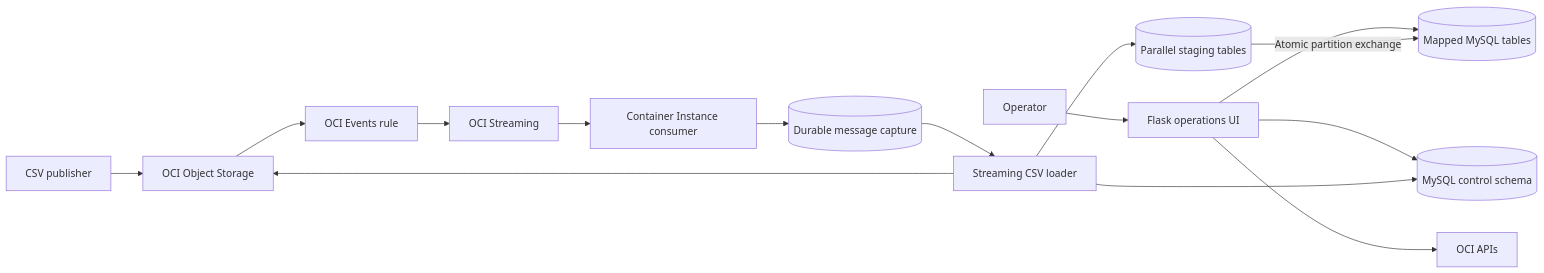
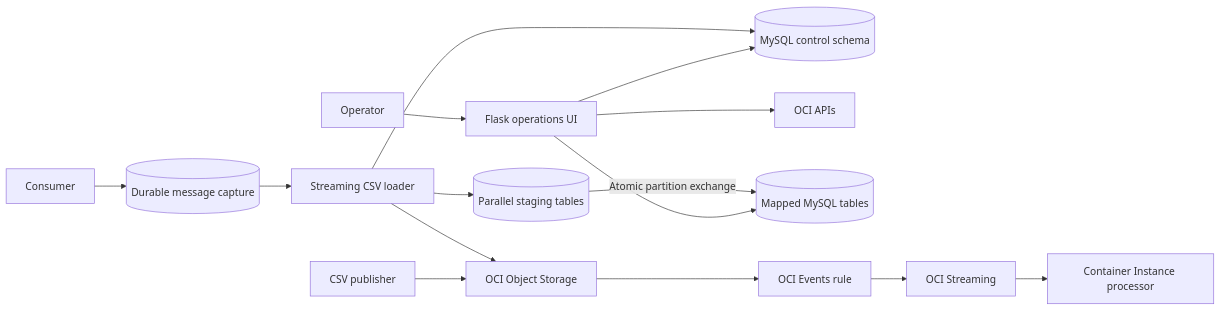
The diagram in README.md (ivanxma/oci-fn-object-event-2-hw-table), drawn with Mermaid before and after one commit. The commit also changed other lines of this file and 3 other files, not shown here.

````diff
--- a/README.md
+++ b/README.md
@@ -17,17 +17,17 @@
 ```mermaid
 flowchart LR
     Operator[Operator] --> UI[Flask operations UI]
     UI --> Control[(MySQL control schema)]
     UI --> OCIAPI[OCI APIs]
     UI --> Target[(Mapped MySQL tables)]
     Publisher[CSV publisher] --> Bucket[OCI Object Storage]
     Bucket --> Events[OCI Events rule]
     Events --> Stream[OCI Streaming]
-    Stream --> Consumer[Container Instance consumer]
+    Stream --> Processor[Container Instance processor]
     Consumer --> Capture[(Durable message capture)]
     Capture --> Loader[Streaming CSV loader]
     Loader --> Bucket
     Loader --> Stage[(Parallel staging tables)]
     Stage -->|Atomic partition exchange| Target
     Loader --> Control
 ```
````
